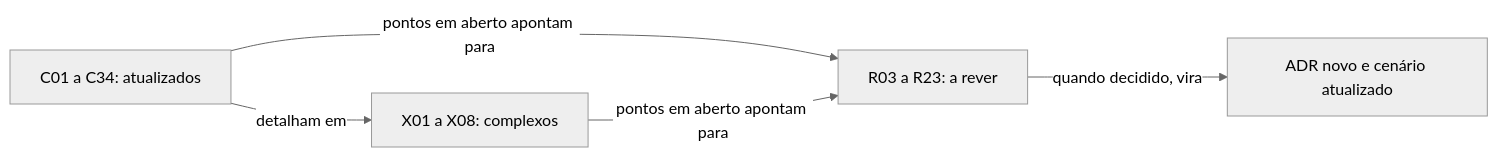
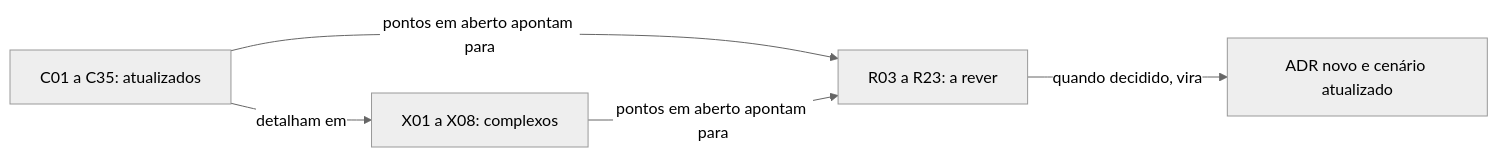
One commit to brbarmex/k changed the diagram in doc/02_cenarios/INDEX.md. Above: the diagram before and after it, drawn with Mermaid (neutral theme). The commit also changed other lines of this file and 119 other files, not shown here.

````diff
--- a/doc/02_cenarios/INDEX.md
+++ b/doc/02_cenarios/INDEX.md
@@ -84,7 +85,7 @@
 ```mermaid
 flowchart LR
-    C["C01 a C34: atualizados"] -->|"detalham em"| X["X01 a X08: complexos"]
+    C["C01 a C35: atualizados"] -->|"detalham em"| X["X01 a X08: complexos"]
     C -->|"pontos em aberto apontam para"| R["R03 a R23: a rever"]
     X -->|"pontos em aberto apontam para"| R
     R -->|"quando decidido, vira"| A["ADR novo e cenário atualizado"]
 ```
````
